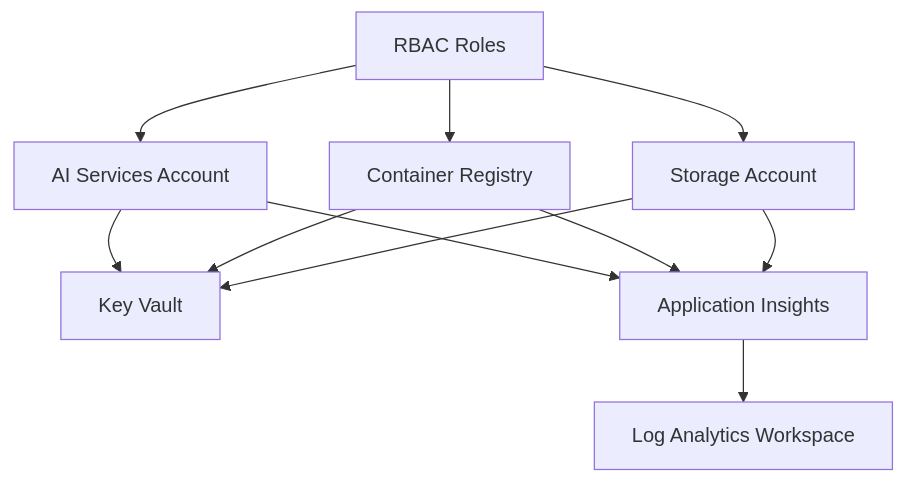
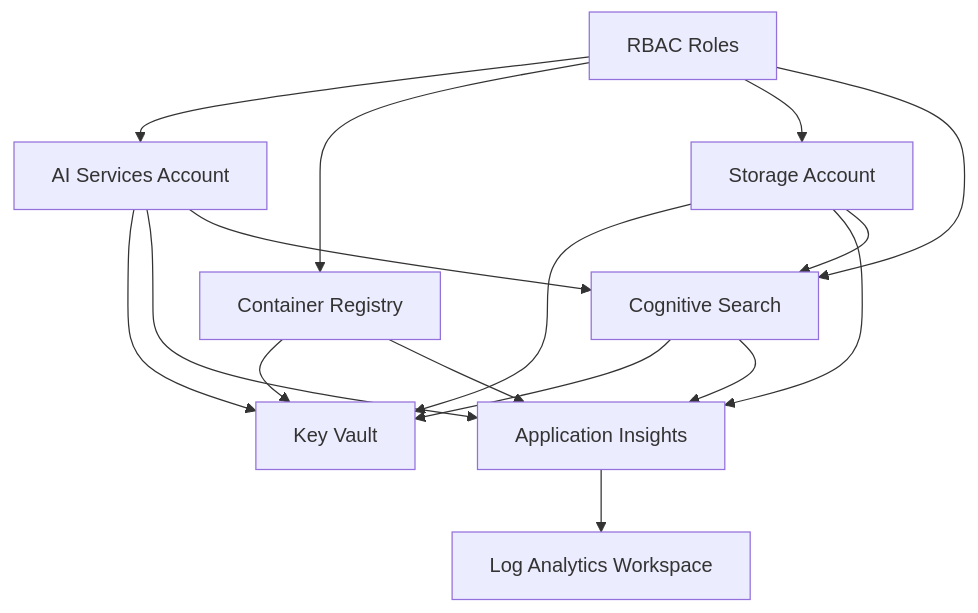
The diagram in README.md (rjglabs/create_ai_foundry), drawn with Mermaid before and after one commit. The commit also changed other lines of this file and 9 other files, not shown here.

````diff
--- a/README.md
+++ b/README.md
@@ -307,13 +418,18 @@
 ```mermaid
 graph TB
     A[AI Services Account] --> B[Key Vault]
     C[Container Registry] --> B
     D[Storage Account] --> B
+    H[Cognitive Search] --> B
     E[Application Insights] --> F[Log Analytics Workspace]
     A --> E
     C --> E
     D --> E
+    H --> E
     G[RBAC Roles] --> A
     G --> C
     G --> D
+    G --> H
+    A --> H
+    D --> H
 ```
````
